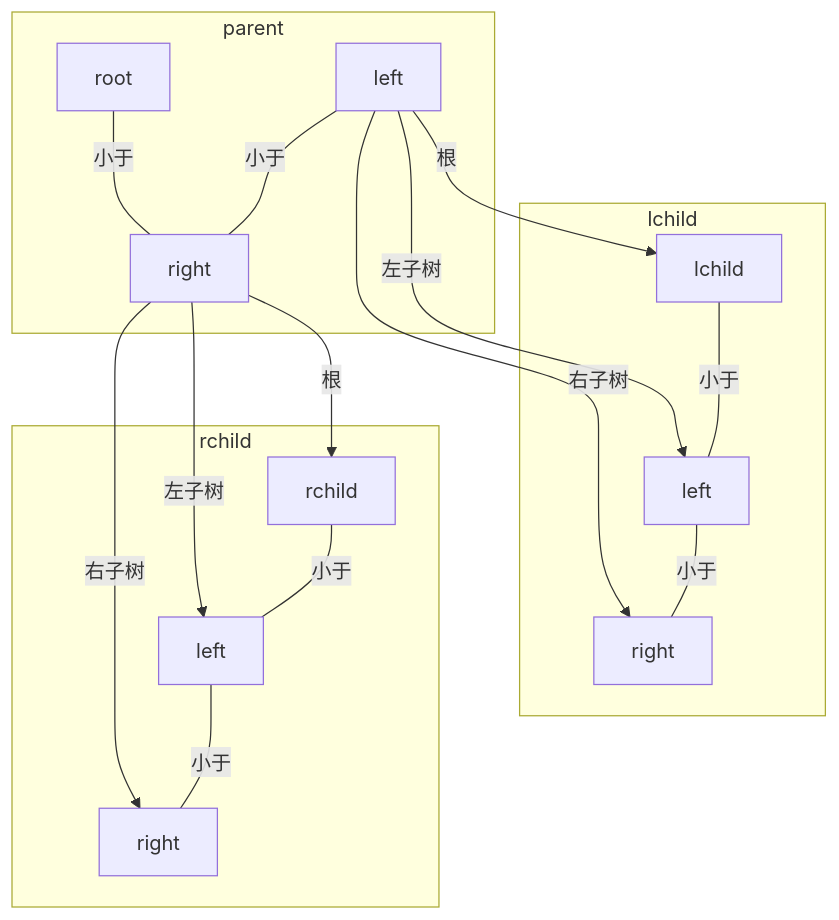
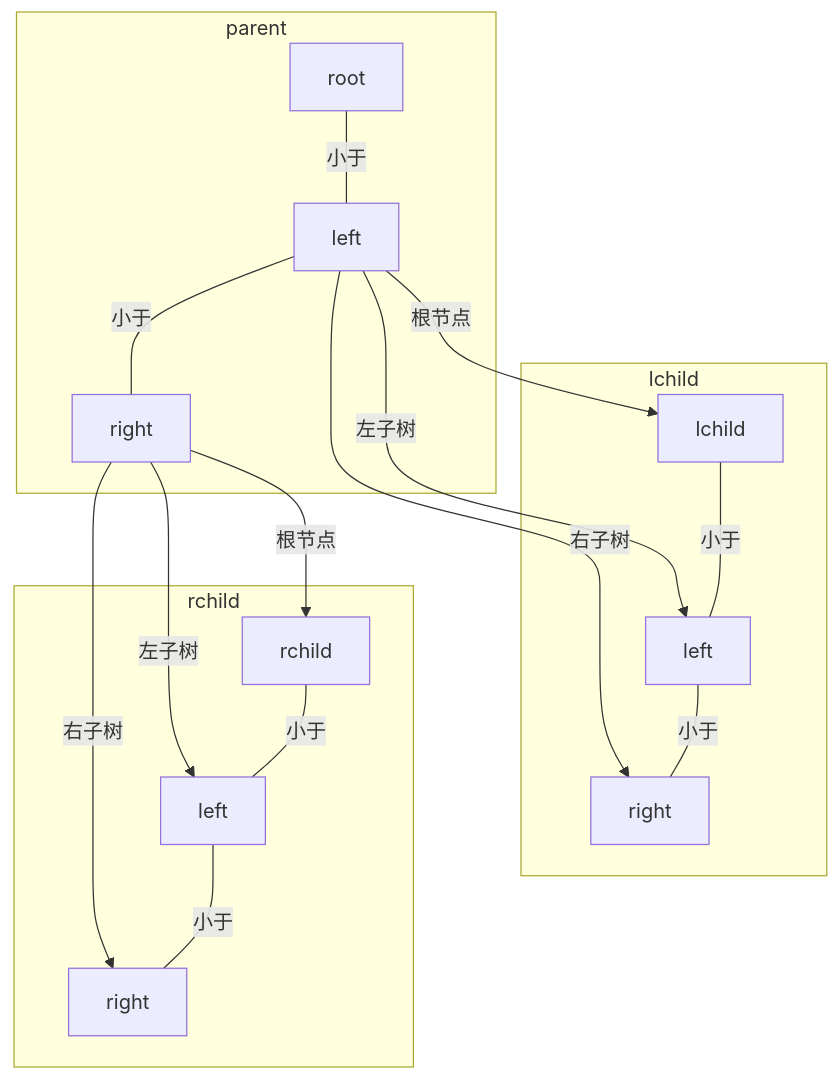
Before and after one commit to gittauros/kaleido-palutena: the diagram in algorithm/leetcode1008solve.md, drawn with Mermaid.

````diff
--- a/algorithm/leetcode1008solve.md
+++ b/algorithm/leetcode1008solve.md
@@ -60,36 +60,36 @@
 ```mermaid
 graph TB
 
     subgraph parent
         root[root]
         left[left]
         right[right]
     end
     subgraph lchild
         lchdRoot[lchild]
         lchdLeft[left]
         lchdRight[right]
     end
     subgraph rchild
         rchdRoot[rchild]
         rchdLeft[left]
         rchdRight[right]
     end
 
-    root ---|小于| right
+    root ---|小于| left
     left ---|小于| right
 
-    left -->|根| lchdRoot
+    left -->|根节点| lchdRoot
     left -->|左子树| lchdLeft
     left -->|右子树| lchdRight
 
     lchdRoot ---|小于| lchdLeft
     lchdLeft ---|小于| lchdRight
 
-    right -->|根| rchdRoot
+    right -->|根节点| rchdRoot
     right -->|左子树| rchdLeft
     right -->|右子树| rchdRight
 
     rchdRoot ---|小于| rchdLeft
     rchdLeft ---|小于| rchdRight
 ```
````
